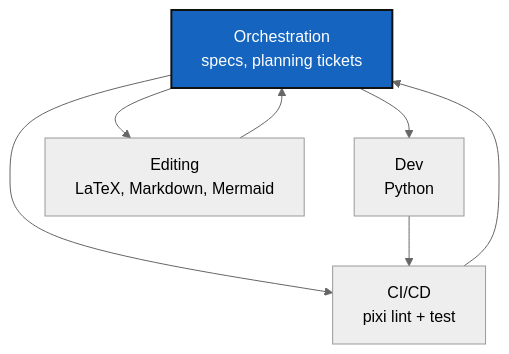
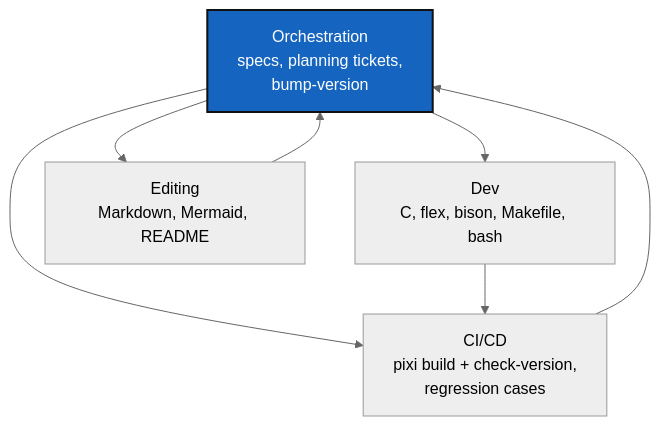
Before and after one commit to flipoyo/.localSpec: the diagram in AGENT.md, drawn with Mermaid (neutral theme). The commit also changed other lines of this file and 4 other files, not shown here.

Commit message:
cawaqs-4.3.0 SemVer in C, libprint 1.25, versioning.py in .dev, scripts 1.0.0 with -p/-b and build_tree.sh Releases 4.2.0 and 4.3.0 delivered as one change (D15); src/Makefile V_CAW is unquoted; no main moved

````diff
--- a/AGENT.md
+++ b/AGENT.md
@@ -20,12 +16,12 @@
 ```mermaid
 graph TD
-    O["Orchestration<br/>specs, planning tickets"] --> D["Dev<br/>Python"]
-    O --> CI["CI/CD<br/>pixi lint + test"]
-    O --> E["Editing<br/>LaTeX, Markdown, Mermaid"]
+    O["Orchestration<br/>specs, planning tickets,<br/>bump-version"] --> D["Dev<br/>C, flex, bison, Makefile, bash"]
+    O --> CI["CI/CD<br/>pixi build + check-version,<br/>regression cases"]
+    O --> E["Editing<br/>Markdown, Mermaid, README"]
     D --> CI
     E --> O
     CI --> O
 
     classDef orch fill:#1565C0,color:#fff,stroke:#111,stroke-width:2px;
     class O orch;
 ```
````
